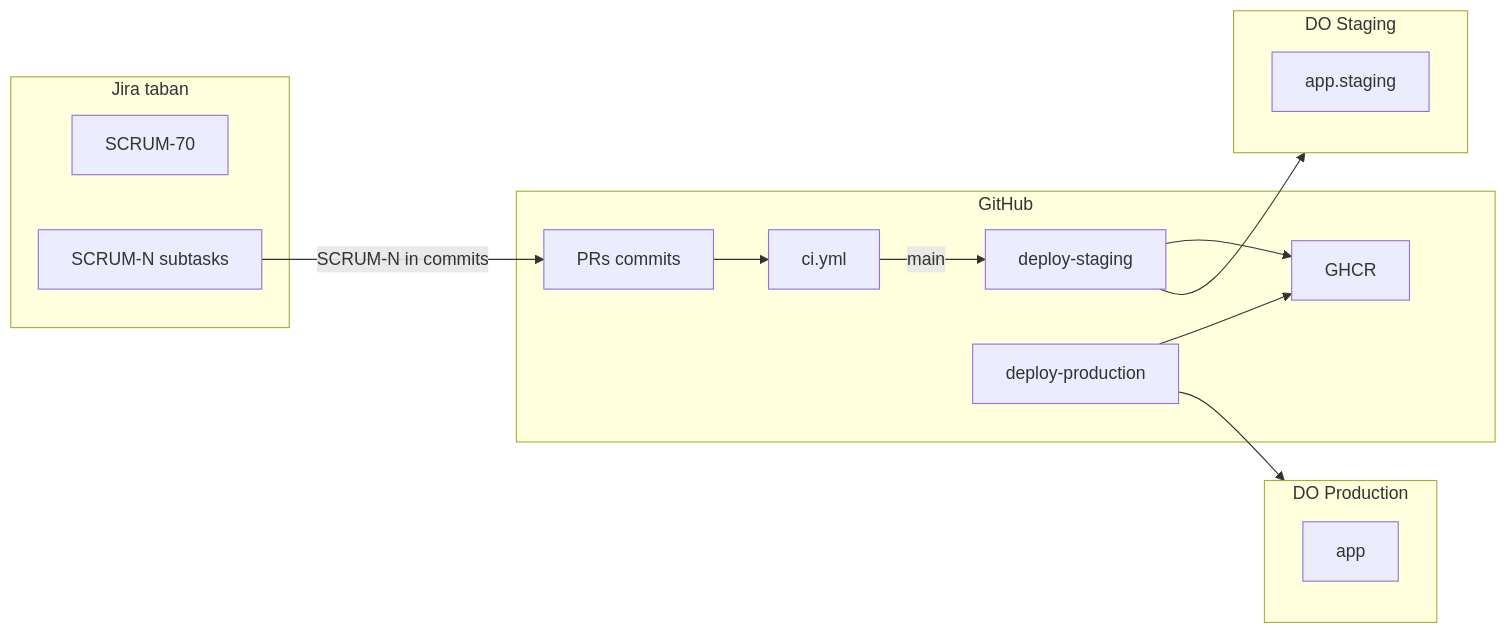
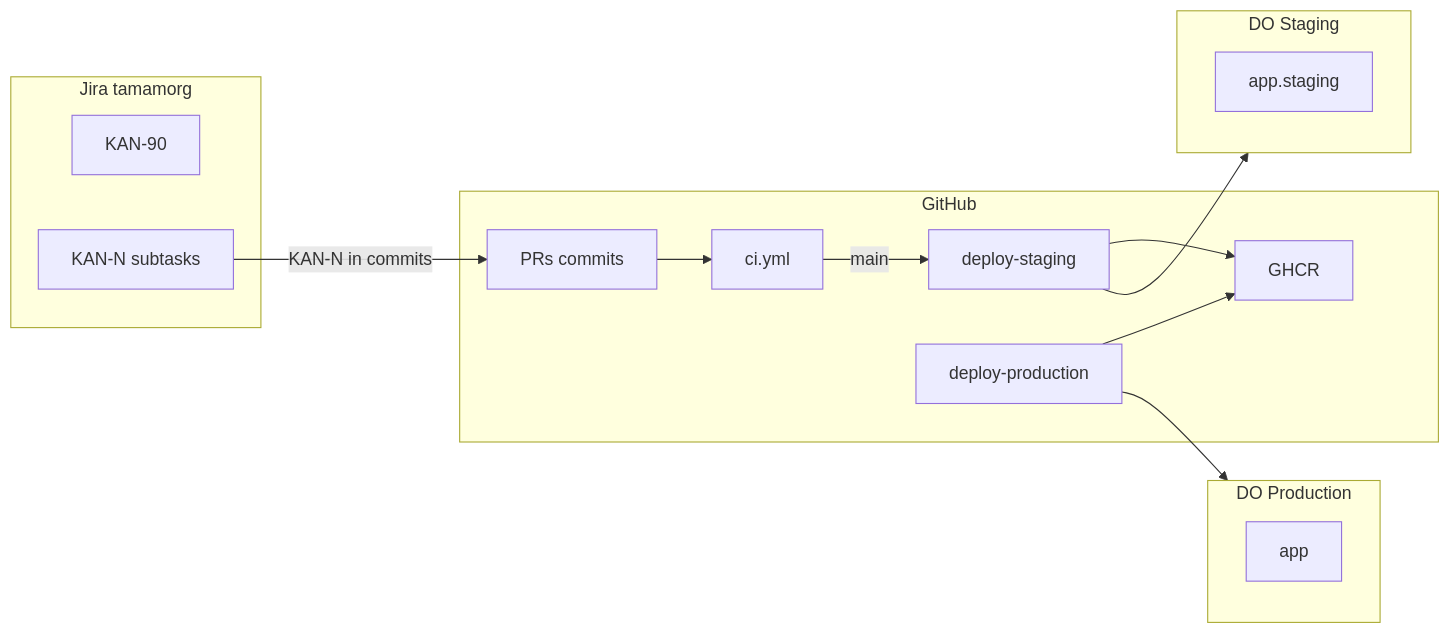
Before and after one commit to makuachteny/TamamHealth: the diagram in docs/operations/jira-github-do-tracking.md, drawn with Mermaid. The commit also changed other lines of this file and 73 other files, not shown here.

````diff
--- a/docs/operations/jira-github-do-tracking.md
+++ b/docs/operations/jira-github-do-tracking.md
@@ -47,31 +47,31 @@
 ```mermaid
 flowchart LR
-  subgraph jira [Jira taban]
-    Epic[SCRUM-70]
-    Issues[SCRUM-N subtasks]
+  subgraph jira [Jira tamamorg]
+    Epic[KAN-90]
+    Issues[KAN-N subtasks]
   end
 
   subgraph github [GitHub]
     PR[PRs commits]
     CI[ci.yml]
     StgWF[deploy-staging]
     ProdWF[deploy-production]
     GHCR[GHCR]
   end
 
   subgraph do_stg [DO Staging]
     StgApp[app.staging]
   end
 
   subgraph do_prod [DO Production]
     ProdApp[app]
   end
 
-  Issues -->|"SCRUM-N in commits"| PR
+  Issues -->|"KAN-N in commits"| PR
   PR --> CI
   CI -->|main| StgWF
   StgWF --> GHCR
   StgWF --> do_stg
   ProdWF --> GHCR
   ProdWF --> do_prod
 ```
````
